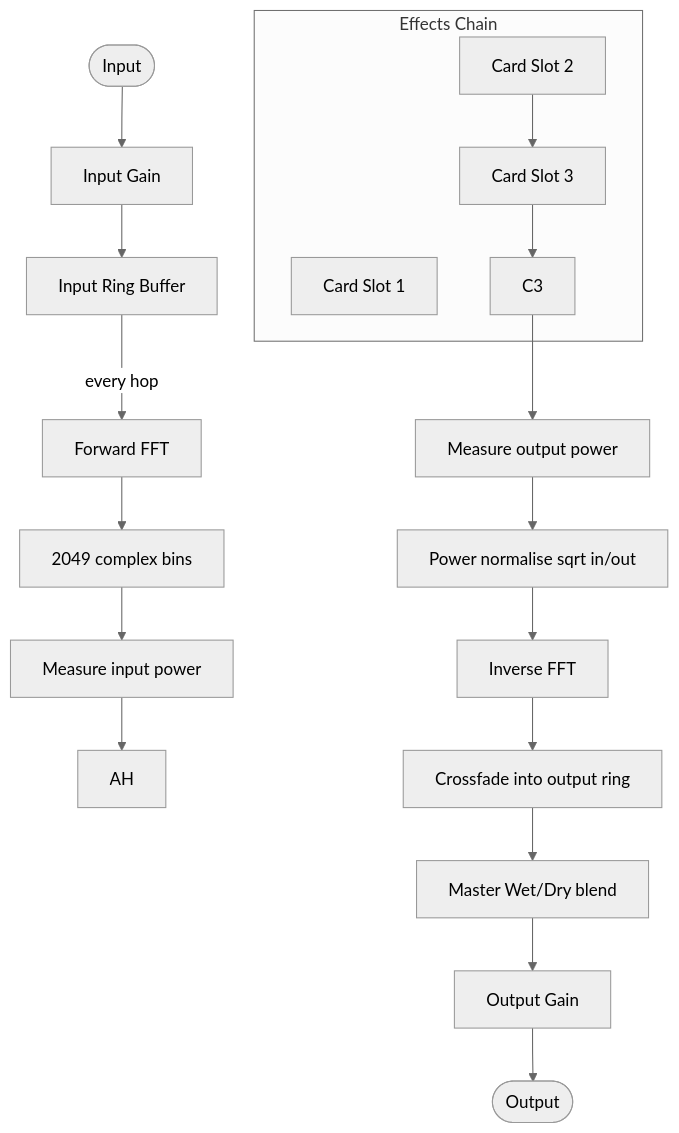
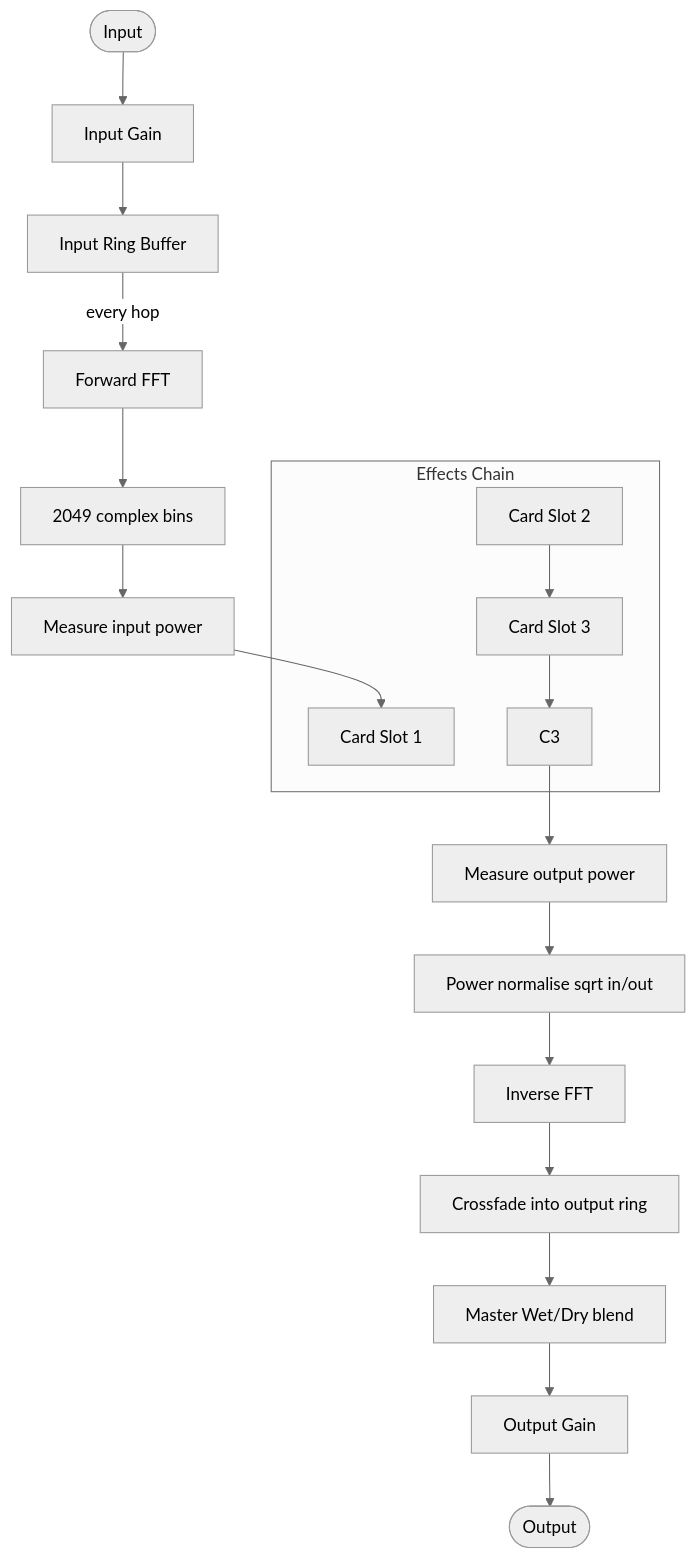
The diagram in README.md (cloph-dsp/CognitoniBlkFx), drawn with Mermaid (neutral theme) before and after one commit.

Commit message:
fix: readme flowchart

````diff
--- a/README.md
+++ b/README.md
@@ -30,24 +30,24 @@
 ```mermaid
 flowchart TD
     IN([Input]) --> IGAIN[Input Gain]
     IGAIN --> IBUF[Input Ring Buffer]
     IBUF -->|every hop| FFT[Forward FFT]
     FFT --> BINS[2049 complex bins]
     BINS --> IPWR[Measure input power]
-    IPWR --> AH
+    IPWR --> C0
 
     subgraph FX [Effects Chain]
         C0[Card Slot 1]
         C1[Card Slot 2]
         C2[Card Slot 3]    
         C1 --> C2 --> C3
     end
 
     C3 --> OPWR[Measure output power]
     OPWR --> NORM[Power normalise sqrt in/out]
     NORM --> IFFT[Inverse FFT]
     IFFT --> XFADE[Crossfade into output ring]
     XFADE --> MIX[Master Wet/Dry blend]
     MIX --> OGAIN[Output Gain]
     OGAIN --> OUT([Output])
 ```
````
